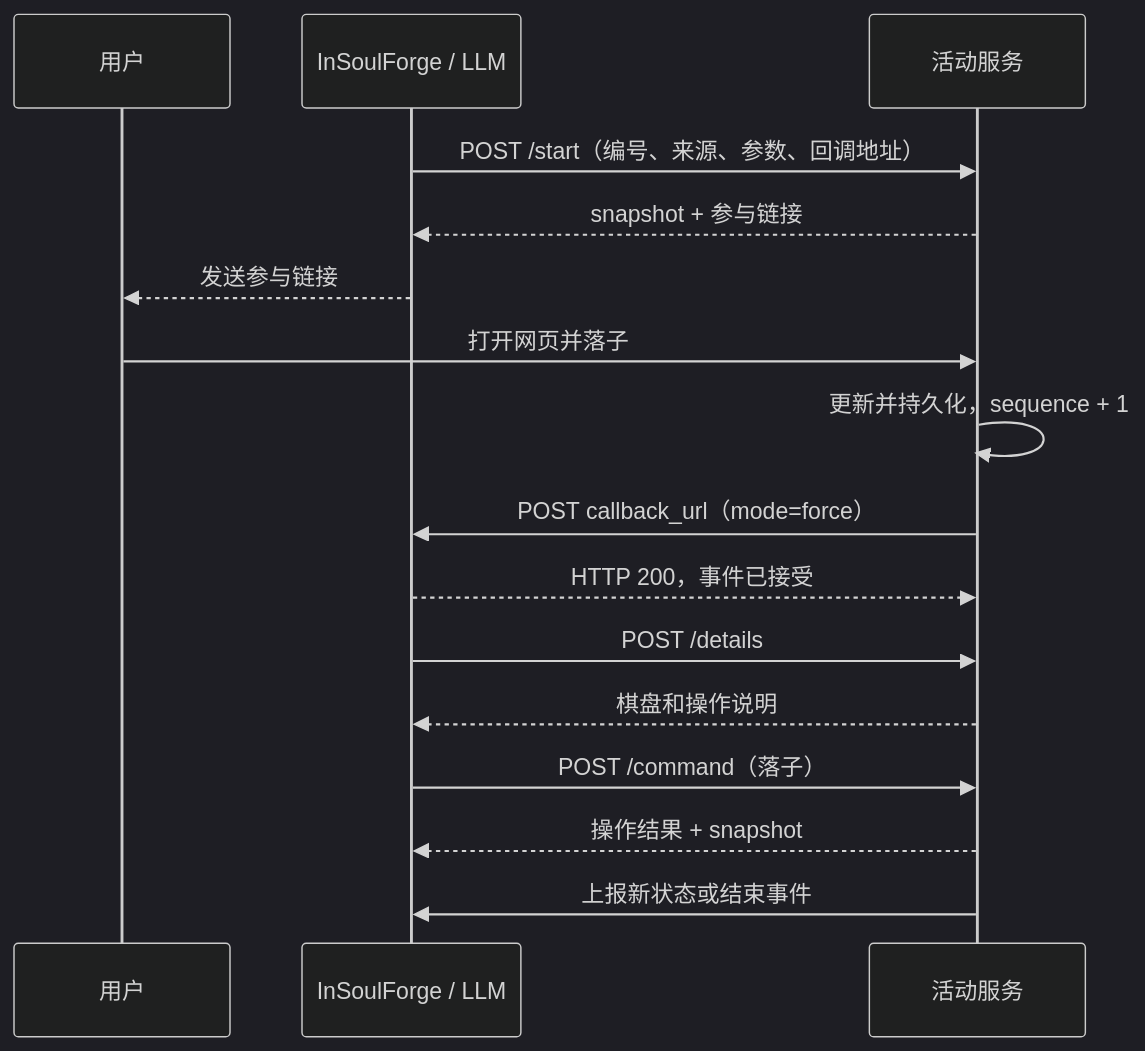
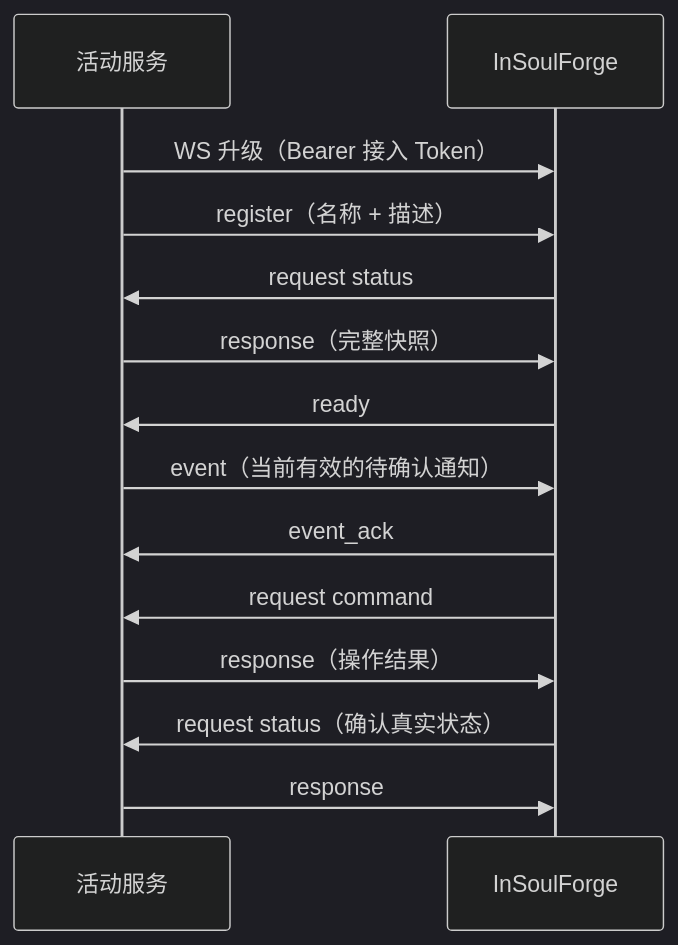
One commit to DreamDonghao/insoulforge changed the diagram in docs/ACTIVITIES.md. Above: the diagram before and after it, drawn with Mermaid (dark theme). The commit also changed other lines of this file and 17 other files, not shown here.

````diff
--- a/docs/ACTIVITIES.md
+++ b/docs/ACTIVITIES.md
@@ -36,18 +184,16 @@
 ```mermaid
 sequenceDiagram
-    participant U as 用户
-    participant M as InSoulForge / LLM
-    participant A as 活动服务
-    M->>A: POST /start（编号、来源、参数、回调地址）
-    A-->>M: snapshot + 参与链接
-    M-->>U: 发送参与链接
-    U->>A: 打开网页并落子
-    A->>A: 更新并持久化，sequence + 1
-    A->>M: POST callback_url（mode=force）
-    M-->>A: HTTP 200，事件已接受
-    M->>A: POST /details
-    A-->>M: 棋盘和操作说明
-    M->>A: POST /command（落子）
-    A-->>M: 操作结果 + snapshot
-    A->>M: 上报新状态或结束事件
+    participant S as 活动服务
+    participant M as InSoulForge
+    S->>M: WS 升级（Bearer 接入 Token）
+    S->>M: register（名称 + 描述）
+    M->>S: request status
+    S->>M: response（完整快照）
+    M->>S: ready
+    S->>M: event（当前有效的待确认通知）
+    M->>S: event_ack
+    M->>S: request command
+    S->>M: response（操作结果）
+    M->>S: request status（确认真实状态）
+    S->>M: response
 ```
````
